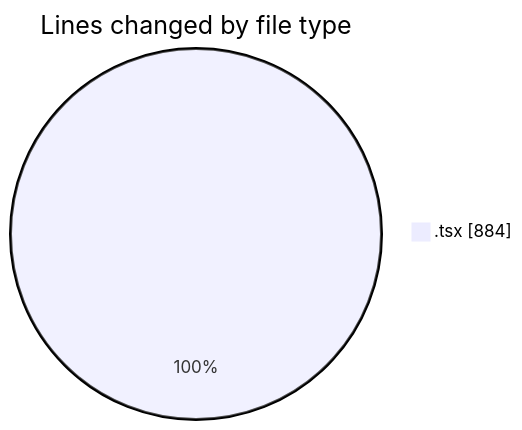
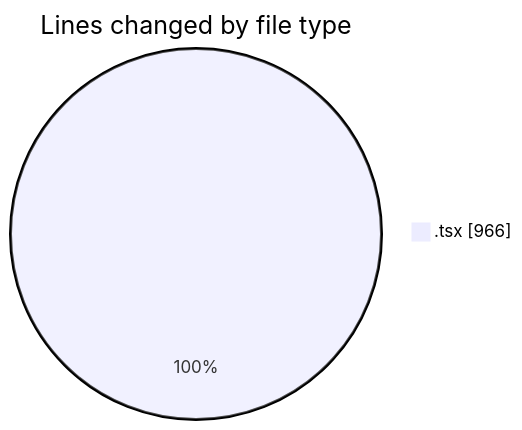
Before and after one commit to robertbonfada/code-tracking: the first of 2 diagrams in 2025-03-07/mbc-web/README.md, drawn with Mermaid. The commit also changed other lines of this file and 1 other file, not shown here.

````diff
--- a/2025-03-07/mbc-web/README.md
+++ b/2025-03-07/mbc-web/README.md
@@ -22,5 +23,5 @@
 ```mermaid
 pie showData
 title Lines changed by file type
-".tsx" : 884
+".tsx" : 966
 ```
````
